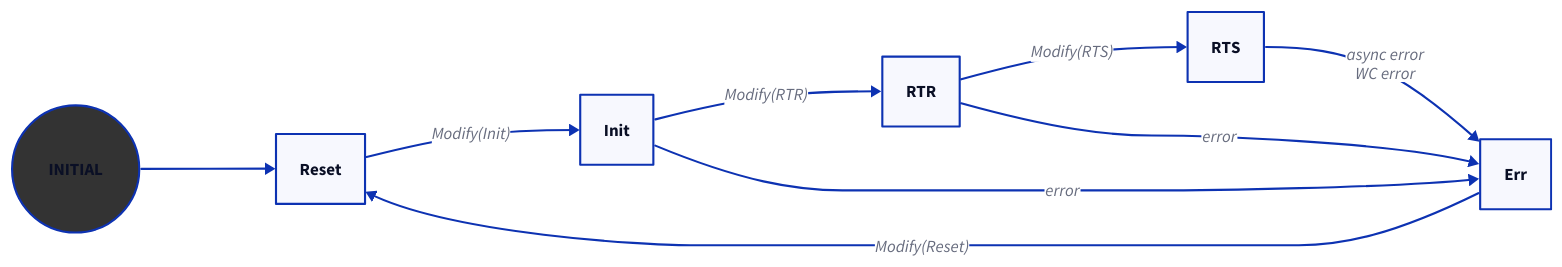
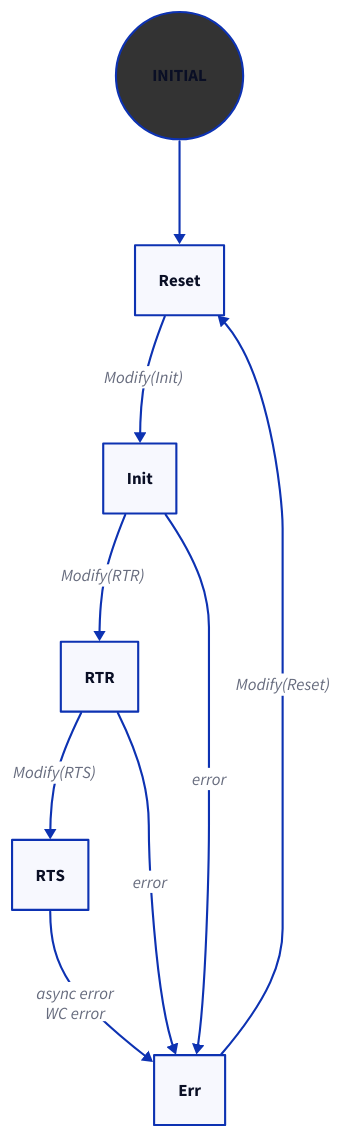
The first of 4 diagrams in topics/rdma/docs/04_service_types_qp.md (humbleowl39/DV_SKOOL), drawn with D2 before and after one commit. The commit also changed other lines of this file and 90 other files, not shown here.

First line of the commit message:
docs: 전 토픽 다이어그램 정비 — ASCII→D2, mermaid→D2, 과대 D2 가시성 수정

````diff
--- a/topics/rdma/docs/04_service_types_qp.md
+++ b/topics/rdma/docs/04_service_types_qp.md
@@ -96,17 +96,14 @@
 ```d2
-direction: right
+direction: down
 
 INITIAL { shape: circle; style.fill: "#333" }
 INITIAL -> Reset
 Reset -> Init: "Modify(Init)"
 Init -> RTR: "Modify(RTR)"
 RTR -> RTS: "Modify(RTS)"
+Err: Err
 RTS -> Err: "async error\nWC error"
 RTR -> Err: "error"
 Init -> Err: "error"
 Err -> Reset: "Modify(Reset)"
-# unparsed: note right of Err
-# unparsed: 모든 in-flight WR
-# unparsed: flush 됨
-# unparsed: end note
 ```
````
